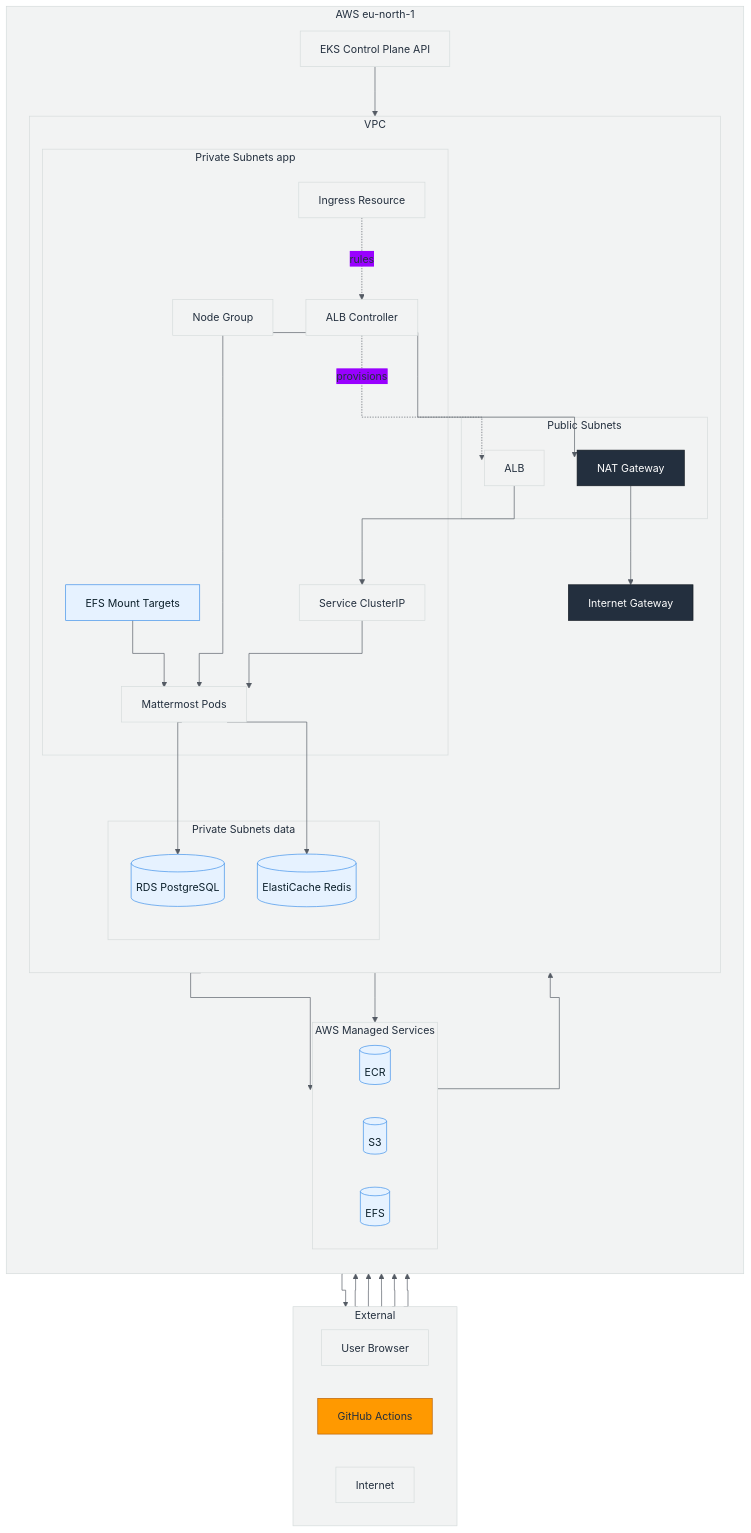
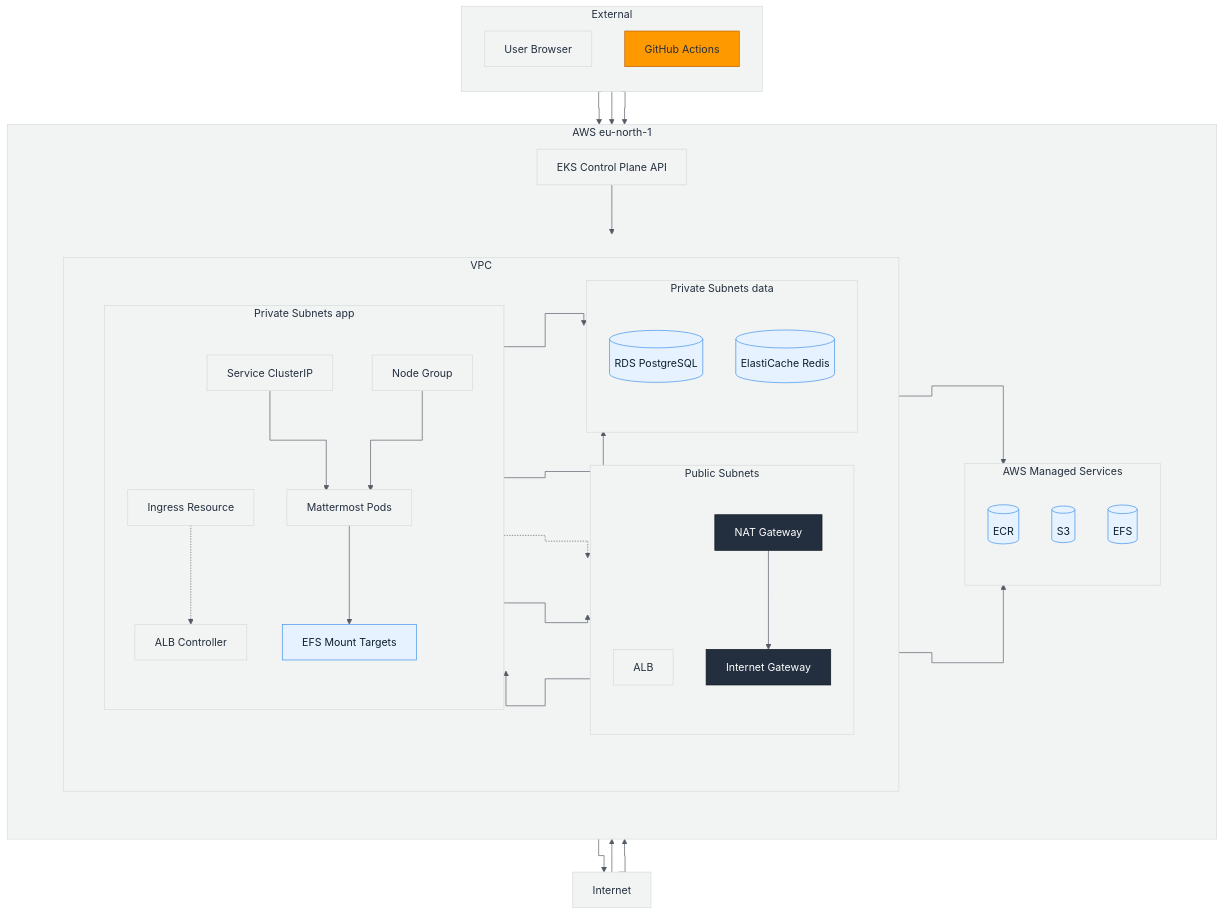
One commit to saeed0000000/project-mattermost changed the diagram in docs/architecture-diagram.md. Above: the diagram before and after it, drawn with Mermaid.

Commit message:
docs: tidy architecture diagram layout

````diff
--- a/docs/architecture-diagram.md
+++ b/docs/architecture-diagram.md
@@ -13,44 +13,52 @@
 flowchart TB
   %% External actors
   subgraph ext[External]
-    direction LR
+    direction TB
     user[User Browser]
     gha[GitHub Actions]
-    internet[Internet]
   end
+
+  internet[Internet]
 
   subgraph aws[AWS eu-north-1]
     direction TB
     ekscp[EKS Control Plane API]
 
-    subgraph services[AWS Managed Services]
+    subgraph row[ ]
       direction LR
-      ecr[(ECR)]
-      s3[(S3)]
-      efs[(EFS)]
-    end
 
-    subgraph vpc[VPC]
-      direction TB
-      igw[Internet Gateway]
+      subgraph vpc[VPC]
+        direction LR
 
-      subgraph pub[Public Subnets]
-        nat[NAT Gateway]
-        alb[ALB]
+        subgraph pub[Public Subnets]
+          direction TB
+          alb[ALB]
+          nat[NAT Gateway]
+          igw[Internet Gateway]
+        end
+
+        subgraph privApp[Private Subnets app]
+          direction TB
+          ing[Ingress Resource]
+          lbc[ALB Controller]
+          svc[Service ClusterIP]
+          mm[Mattermost Pods]
+          ng[Node Group]
+          efsmt[EFS Mount Targets]
+        end
+
+        subgraph privData[Private Subnets data]
+          direction TB
+          rds[(RDS PostgreSQL)]
+          cache[(ElastiCache Redis)]
+        end
       end
 
-      subgraph privApp[Private Subnets app]
-        ng[Node Group]
-        lbc[ALB Controller]
-        ing[Ingress Resource]
-        svc[Service ClusterIP]
-        mm[Mattermost Pods]
-        efsmt[EFS Mount Targets]
-      end
-
-      subgraph privData[Private Subnets data]
-        rds[(RDS PostgreSQL)]
-        cache[(ElastiCache Redis)]
+      subgraph services[AWS Managed Services]
+        direction TB
+        ecr[(ECR)]
+        s3[(S3)]
+        efs[(EFS)]
       end
     end
   end
@@ -59,8 +67,8 @@
   user --> alb --> svc --> mm
 
   %% Ingress provisions ALB via the controller (conceptual)
-  ing -. rules .-> lbc
-  lbc -. provisions .-> alb
+  ing -.-> lbc
+  lbc -.-> alb
 
   %% Control plane schedules workloads onto nodes
   ekscp --> ng --> mm
@@ -69,8 +77,7 @@
   mm --> rds
   mm --> cache
   mm --> s3
-  mm --> efs
-  efs --> efsmt --> mm
+  mm --> efsmt --> efs
 
   %% CI/CD
   gha --> ecr
@@ -96,4 +103,7 @@
   class ekscp light;
   class alb,ng,lbc,ing,svc,mm light;
   class rds,cache,ecr,s3,efs,efsmt data;
+
+  %% Hide the helper layout container
+  style row fill:transparent,stroke:transparent
 ```
````
